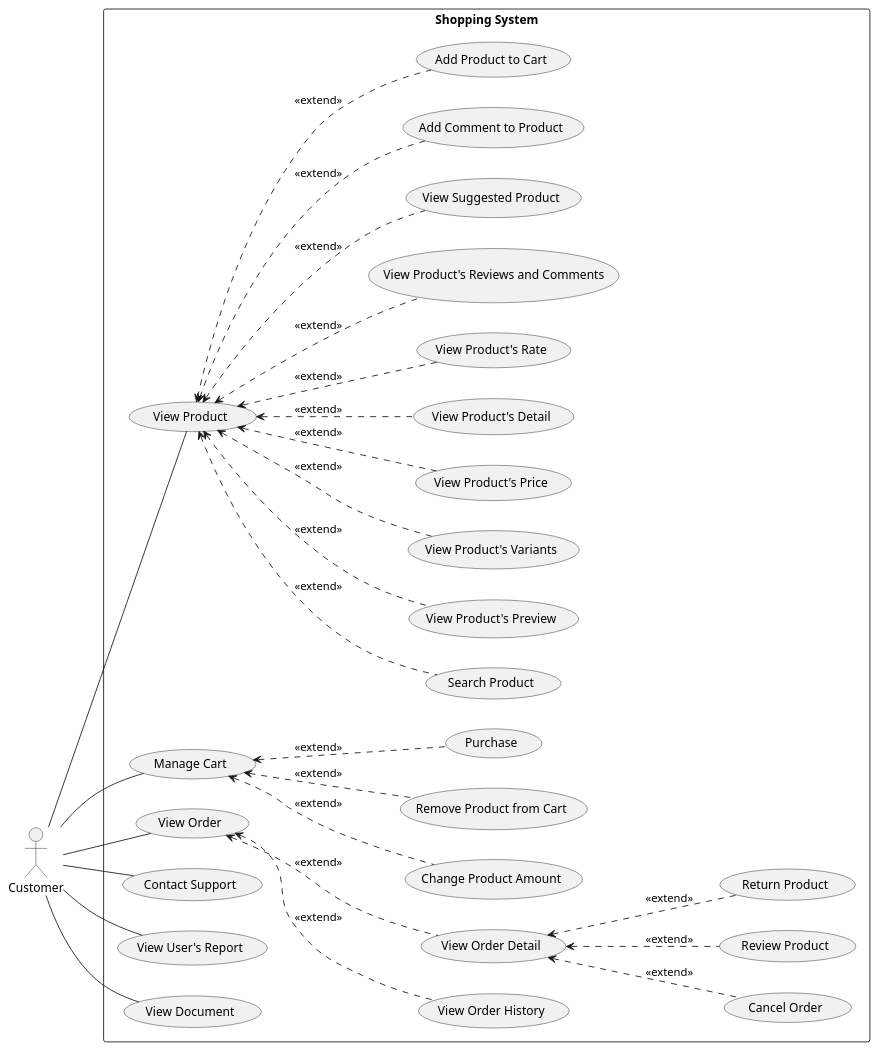
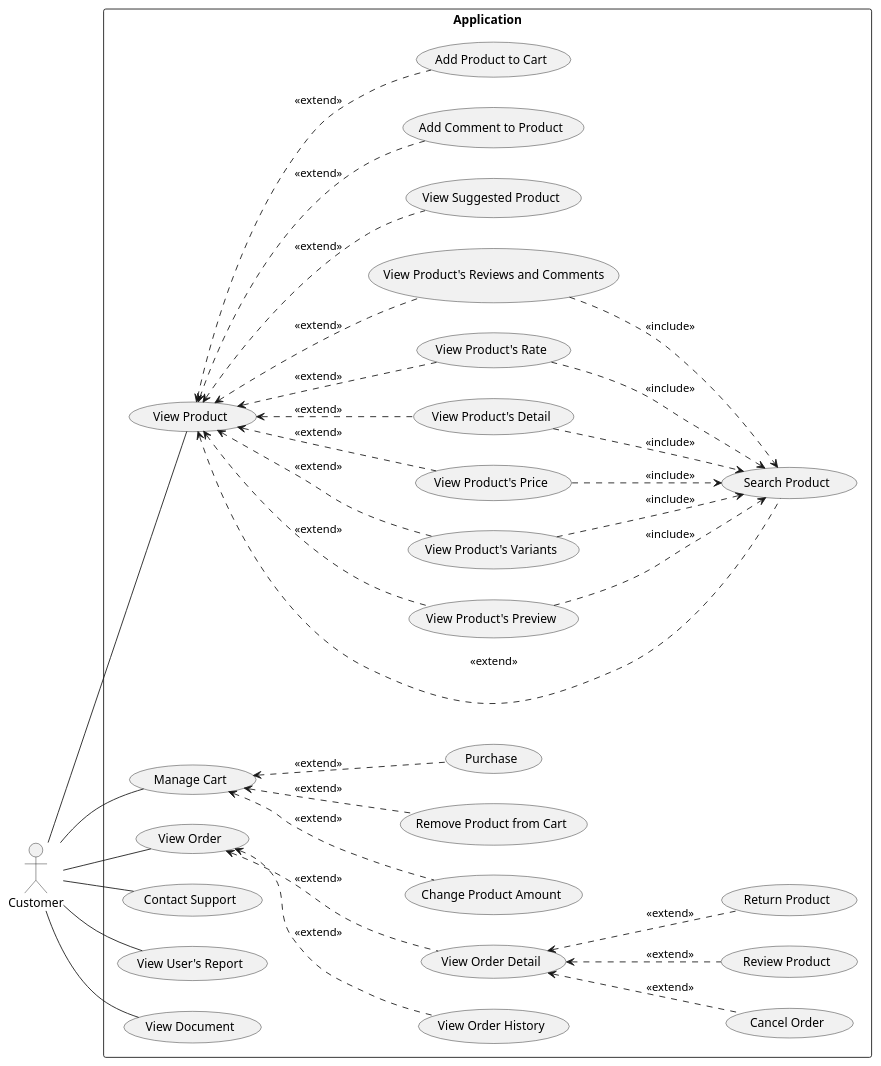
One commit to electricilies/electricilies.github.io changed the diagram in docs/docs/usecase/customer.md. Above: the diagram before and after it, drawn with PlantUML.

````diff
--- a/docs/docs/usecase/customer.md
+++ b/docs/docs/usecase/customer.md
@@ -3,58 +3,66 @@
 ```plantuml
 @startuml
 left to right direction
 actor Customer
 
-rectangle "Shopping System" {
+rectangle "Application" {
   usecase UC01 as "View Product"
   usecase UC02 as "Search Product"
   usecase UC03 as "View Product's Preview"
   usecase UC04 as "View Product's Variants"
   usecase UC05 as "View Product's Price"
   usecase UC06 as "View Product's Detail"
   usecase UC07 as "View Product's Rate"
   usecase UC08 as "View Product's Reviews and Comments"
   usecase UC09 as "View Suggested Product"
   usecase UC10 as "Add Comment to Product"
   usecase UC11 as "Add Product to Cart"
   usecase UC12 as "Manage Cart"
   usecase UC13 as "Change Product Amount"
   usecase UC14 as "Remove Product from Cart"
   usecase UC15 as "Purchase"
   usecase UC16 as "View Order"
   usecase UC17 as "View Order History"
   usecase UC18 as "View Order Detail"
   usecase UC19 as "Cancel Order"
   usecase UC20 as "Review Product"
   usecase UC21 as "Return Product"
   usecase UC22 as "Contact Support"
   usecase UC23 as "View User's Report"
   usecase UC24 as "View Document"
 }
 
 Customer -- UC01
 Customer -- UC12
 Customer -- UC16
 Customer -- UC22
 Customer -- UC23
 Customer -- UC24
 
 UC01 <.. UC02 : <<extend>>
 UC01 <.. UC03 : <<extend>>
 UC01 <.. UC04 : <<extend>>
 UC01 <.. UC05 : <<extend>>
 UC01 <.. UC06 : <<extend>>
 UC01 <.. UC07 : <<extend>>
 UC01 <.. UC08 : <<extend>>
 UC01 <.. UC09 : <<extend>>
 UC01 <.. UC10 : <<extend>>
 UC01 <.. UC11 : <<extend>>
+UC03 ..> UC02 : <<include>>
+UC04 ..> UC02 : <<include>>
+UC05 ..> UC02 : <<include>>
+UC06 ..> UC02 : <<include>>
+UC07 ..> UC02 : <<include>>
+UC08 ..> UC02 : <<include>>
 UC12 <.. UC13 : <<extend>>
 UC12 <.. UC14 : <<extend>>
 UC12 <.. UC15 : <<extend>>
 UC16 <.. UC17 : <<extend>>
 UC16 <.. UC18 : <<extend>>
 UC18 <.. UC19 : <<extend>>
 UC18 <.. UC20 : <<extend>>
 UC18 <.. UC21 : <<extend>>
+
+@enduml
 ```
````
